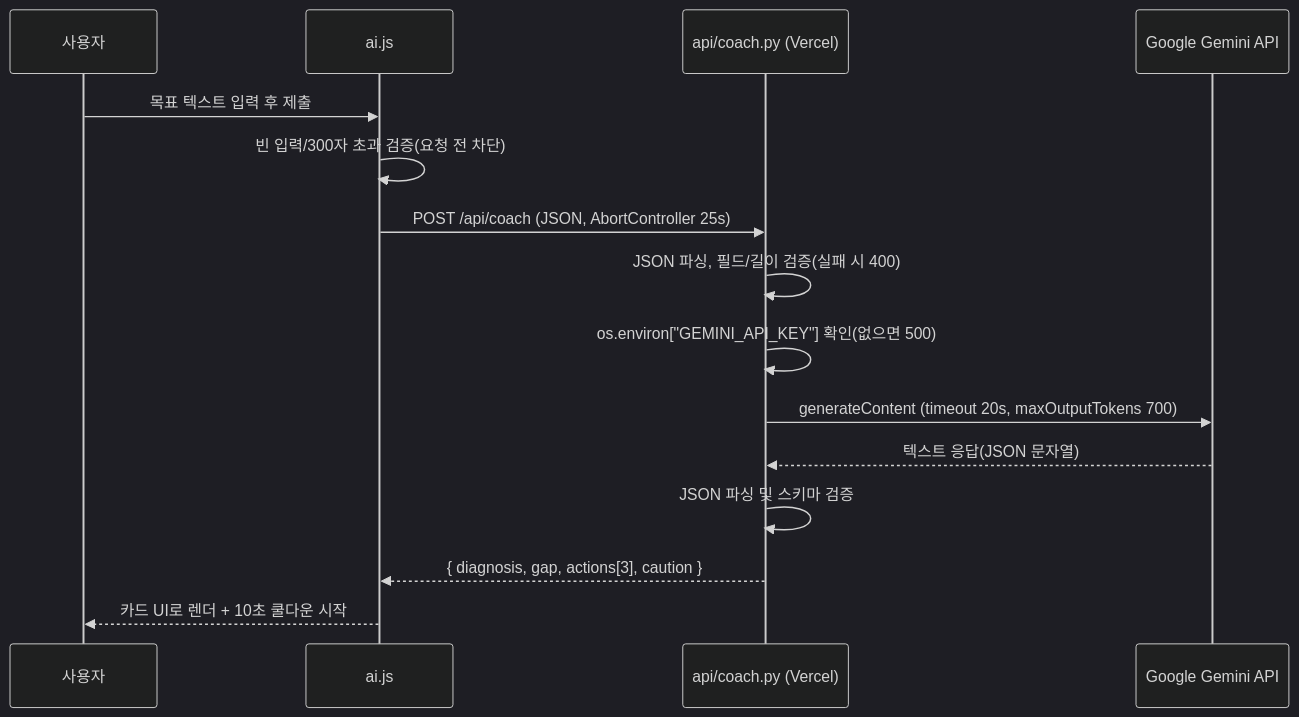
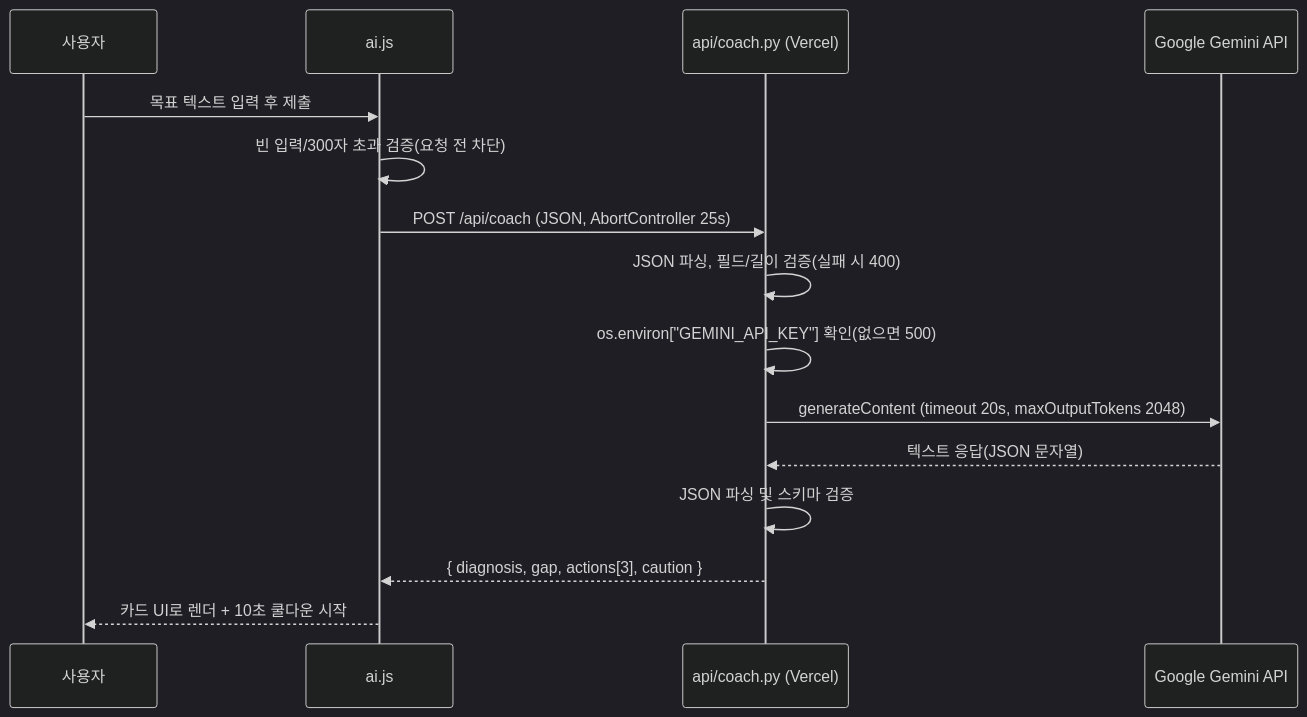
The second of 2 diagrams in docs/ARCHITECTURE.md (PSHUN03/Codyssey-A1-3), drawn with Mermaid (dark theme) before and after one commit. The commit also changed other lines of this file and 3 other files, not shown here.

````diff
--- a/docs/ARCHITECTURE.md
+++ b/docs/ARCHITECTURE.md
@@ -70,18 +70,18 @@
 ```mermaid
 sequenceDiagram
     participant U as 사용자
     participant AI as ai.js
     participant API as api/coach.py (Vercel)
     participant Gemini as Google Gemini API
 
     U->>AI: 목표 텍스트 입력 후 제출
     AI->>AI: 빈 입력/300자 초과 검증(요청 전 차단)
     AI->>API: POST /api/coach (JSON, AbortController 25s)
     API->>API: JSON 파싱, 필드/길이 검증(실패 시 400)
     API->>API: os.environ["GEMINI_API_KEY"] 확인(없으면 500)
-    API->>Gemini: generateContent (timeout 20s, maxOutputTokens 700)
+    API->>Gemini: generateContent (timeout 20s, maxOutputTokens 2048)
     Gemini-->>API: 텍스트 응답(JSON 문자열)
     API->>API: JSON 파싱 및 스키마 검증
     API-->>AI: { diagnosis, gap, actions[3], caution }
     AI-->>U: 카드 UI로 렌더 + 10초 쿨다운 시작
 ```
````
